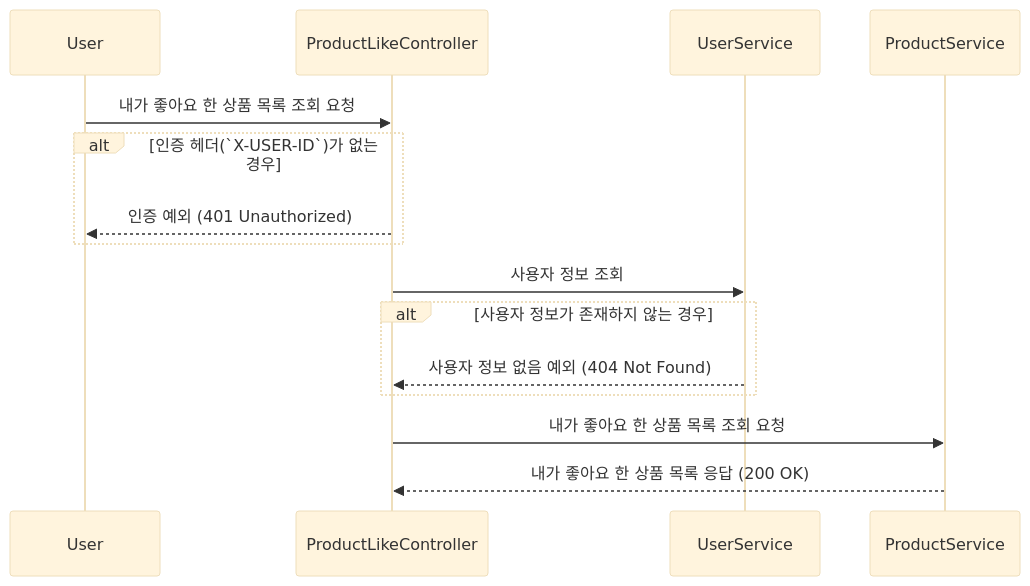
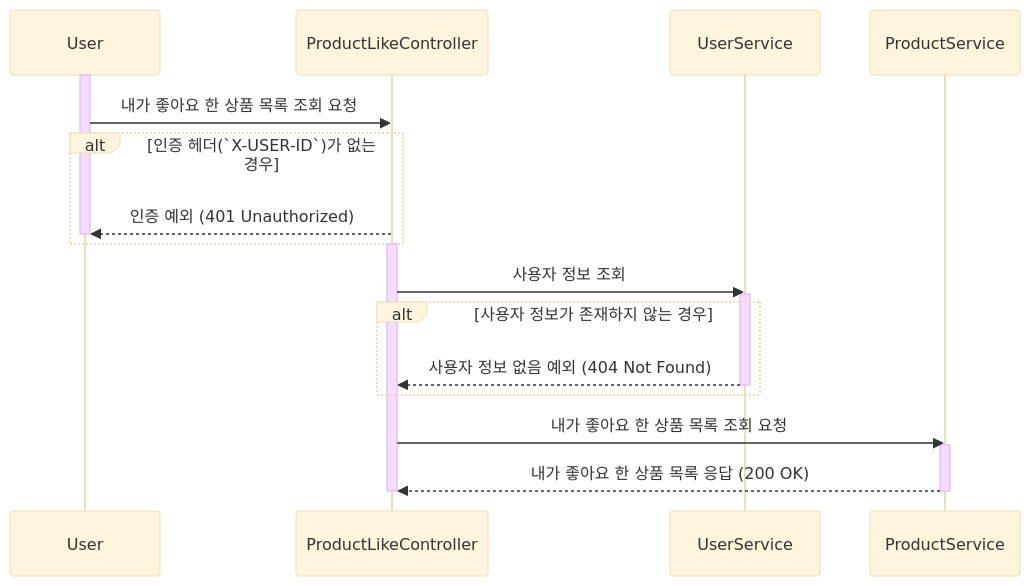
One commit to kiekk/gamsung-commerce changed the third of 3 diagrams in docs/design/02-sequence-diagrams/product-like.md. Above: the diagram before and after it, drawn with Mermaid (base theme). The commit also changed other lines of this file and 5 other files, not shown here.

First line of the commit message:
docs: 시퀀스 다이어그램 수정 (2주차 피드백 반영)

````diff
--- a/docs/design/02-sequence-diagrams/product-like.md
+++ b/docs/design/02-sequence-diagrams/product-like.md
@@ -87,18 +89,25 @@
 ```mermaid
 sequenceDiagram
     participant User
     participant ProductLikeController
     participant UserService
     participant ProductService
+    activate User
     User ->> ProductLikeController: 내가 좋아요 한 상품 목록 조회 요청
     alt 인증 헤더(`X-USER-ID`)가 없는 경우
         ProductLikeController -->> User: 인증 예외 (401 Unauthorized)
+        deactivate User
     end
-
+    activate ProductLikeController
     ProductLikeController ->> UserService: 사용자 정보 조회
+    activate UserService
     alt 사용자 정보가 존재하지 않는 경우
         UserService -->> ProductLikeController: 사용자 정보 없음 예외 (404 Not Found)
+        deactivate UserService
     end
     ProductLikeController ->> ProductService: 내가 좋아요 한 상품 목록 조회 요청
+    activate ProductService
     ProductService -->> ProductLikeController: 내가 좋아요 한 상품 목록 응답 (200 OK)
+    deactivate ProductService
+    deactivate ProductLikeController
 ```
````
